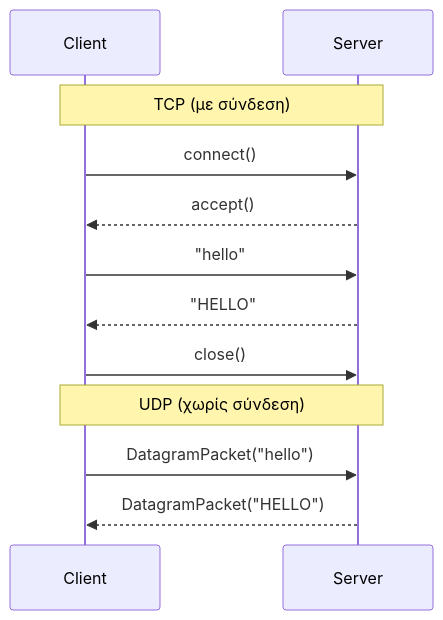
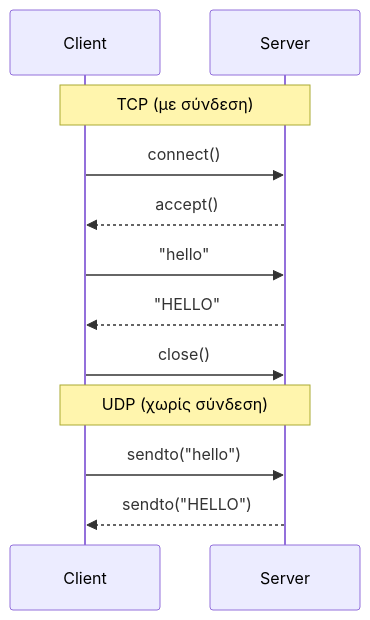
The diagram in README.md (chitiris/WebProgECE_2026), drawn with Mermaid before and after one commit. The commit also changed other lines of this file, not shown here.

````diff
--- a/README.md
+++ b/README.md
@@ -76,14 +134,14 @@
 ```mermaid
 sequenceDiagram
     participant C as Client
     participant S as Server
     Note over C,S: TCP (με σύνδεση)
     C->>S: connect()
     S-->>C: accept()
     C->>S: "hello"
     S-->>C: "HELLO"
     C->>S: close()
     Note over C,S: UDP (χωρίς σύνδεση)
-    C->>S: DatagramPacket("hello")
-    S-->>C: DatagramPacket("HELLO")
+    C->>S: sendto("hello")
+    S-->>C: sendto("HELLO")
 ```
````
